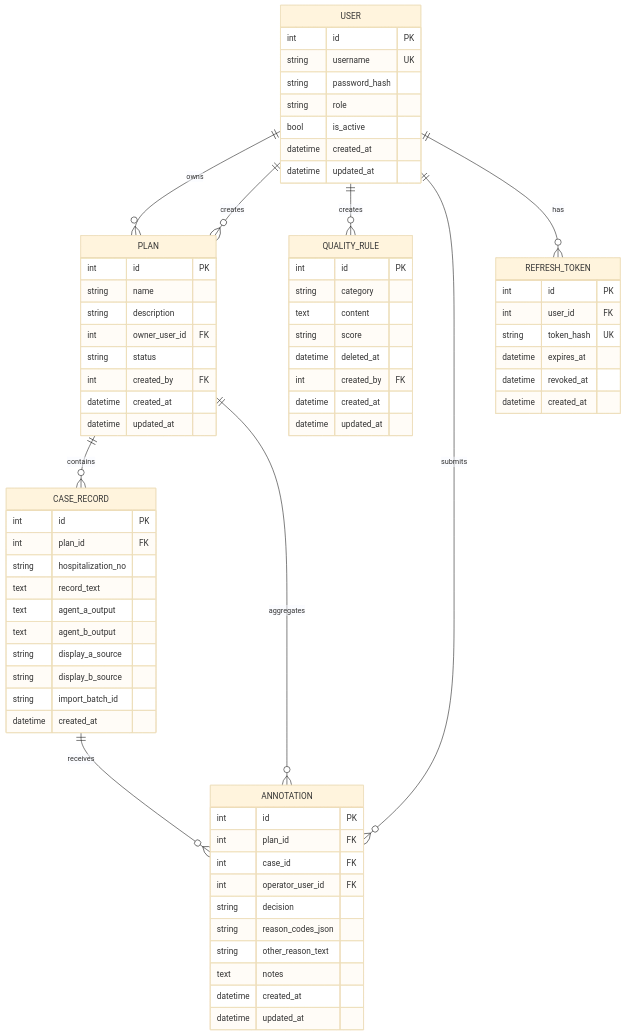
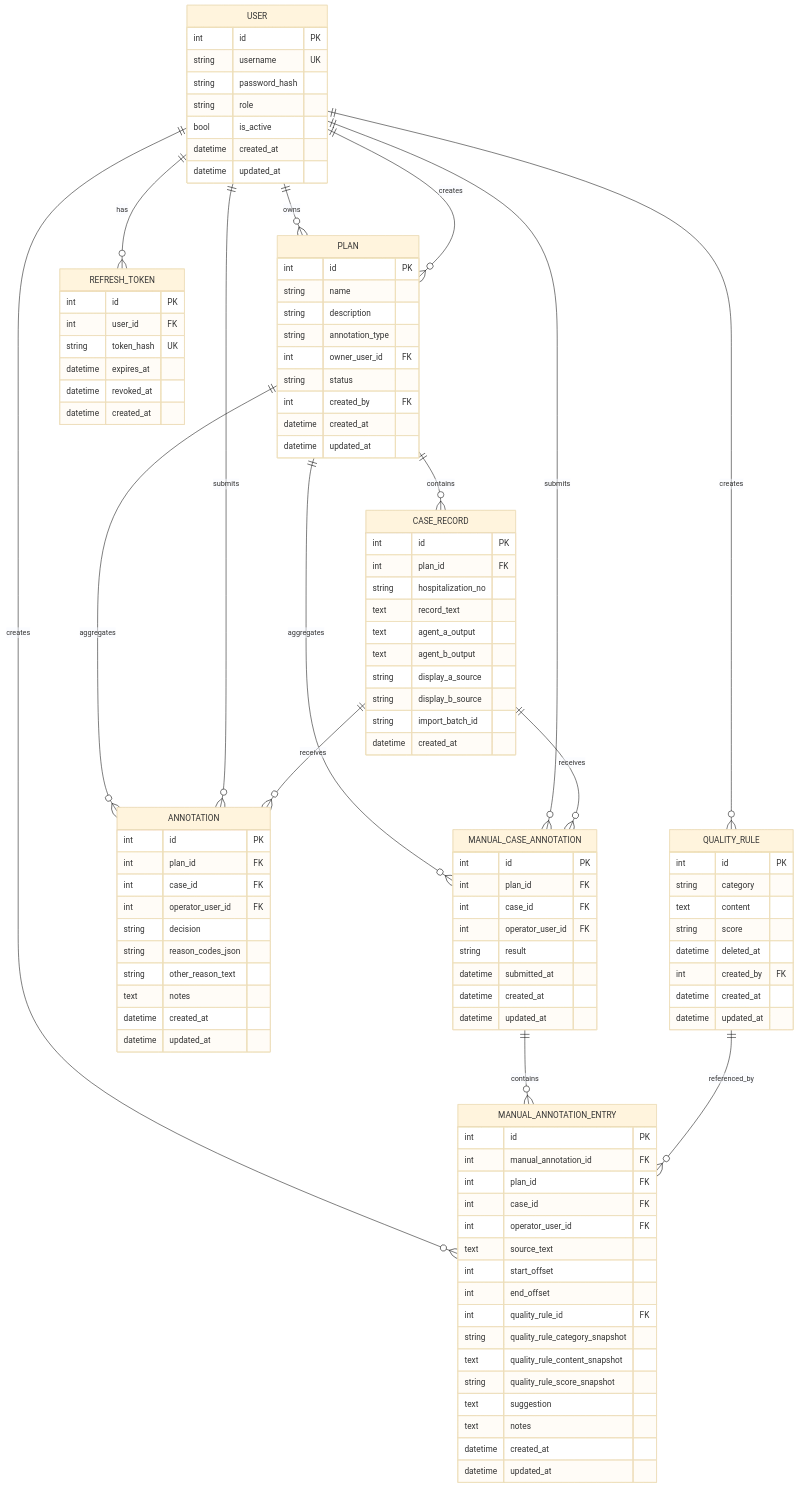
The fourth of 4 diagrams in openspec/specs/SPEC.md (zhaoxiaowang1993/aicompare), drawn with Mermaid (base theme) before and after one commit. The commit also changed other lines of this file and 74 other files, not shown here.

```diff
--- a/openspec/specs/SPEC.md
+++ b/openspec/specs/SPEC.md
@@ -297,8 +380,14 @@
   USER ||--o{ QUALITY_RULE : creates
   PLAN ||--o{ CASE_RECORD : contains
   PLAN ||--o{ ANNOTATION : aggregates
+  PLAN ||--o{ MANUAL_CASE_ANNOTATION : aggregates
   USER ||--o{ ANNOTATION : submits
+  USER ||--o{ MANUAL_CASE_ANNOTATION : submits
+  USER ||--o{ MANUAL_ANNOTATION_ENTRY : creates
   CASE_RECORD ||--o{ ANNOTATION : receives
+  CASE_RECORD ||--o{ MANUAL_CASE_ANNOTATION : receives
+  MANUAL_CASE_ANNOTATION ||--o{ MANUAL_ANNOTATION_ENTRY : contains
+  QUALITY_RULE ||--o{ MANUAL_ANNOTATION_ENTRY : referenced_by
   USER ||--o{ REFRESH_TOKEN : has
 
   USER {
@@ -315,6 +404,7 @@
     int id PK
     string name
     string description
+    string annotation_type
     int owner_user_id FK
     string status
     int created_by FK
@@ -348,6 +438,36 @@
     datetime updated_at
   }
 
+  MANUAL_CASE_ANNOTATION {
+    int id PK
+    int plan_id FK
+    int case_id FK
+    int operator_user_id FK
+    string result
+    datetime submitted_at
+    datetime created_at
+    datetime updated_at
+  }
+
+  MANUAL_ANNOTATION_ENTRY {
+    int id PK
+    int manual_annotation_id FK
+    int plan_id FK
+    int case_id FK
+    int operator_user_id FK
+    text source_text
+    int start_offset
+    int end_offset
+    int quality_rule_id FK
+    string quality_rule_category_snapshot
+    text quality_rule_content_snapshot
+    string quality_rule_score_snapshot
+    text suggestion
+    text notes
+    datetime created_at
+    datetime updated_at
+  }
+
   QUALITY_RULE {
     int id PK
     string category
```
